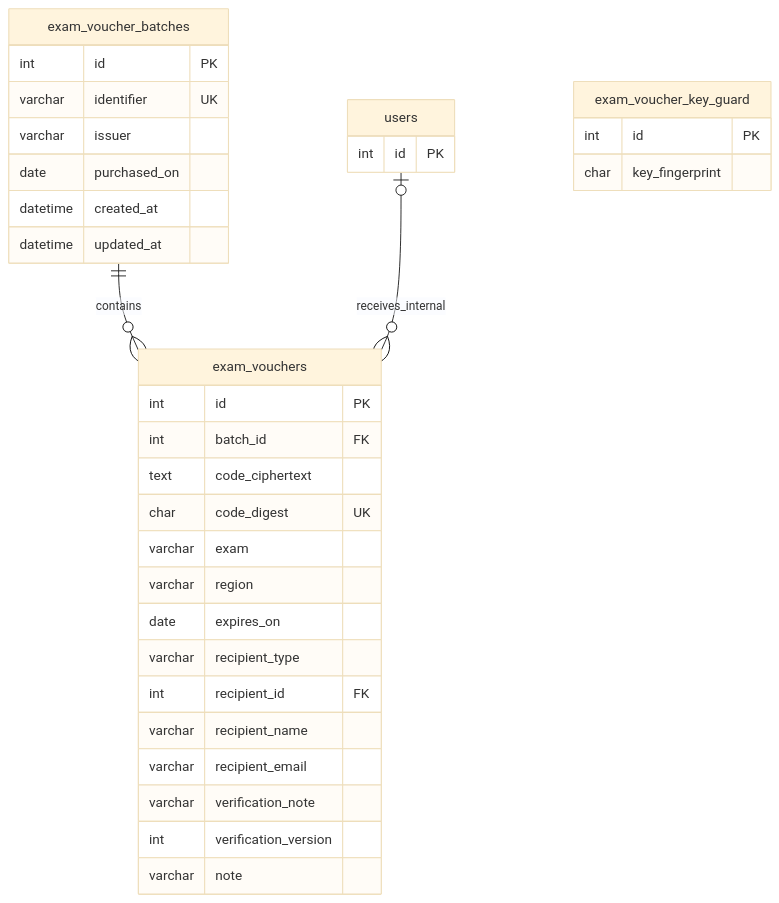
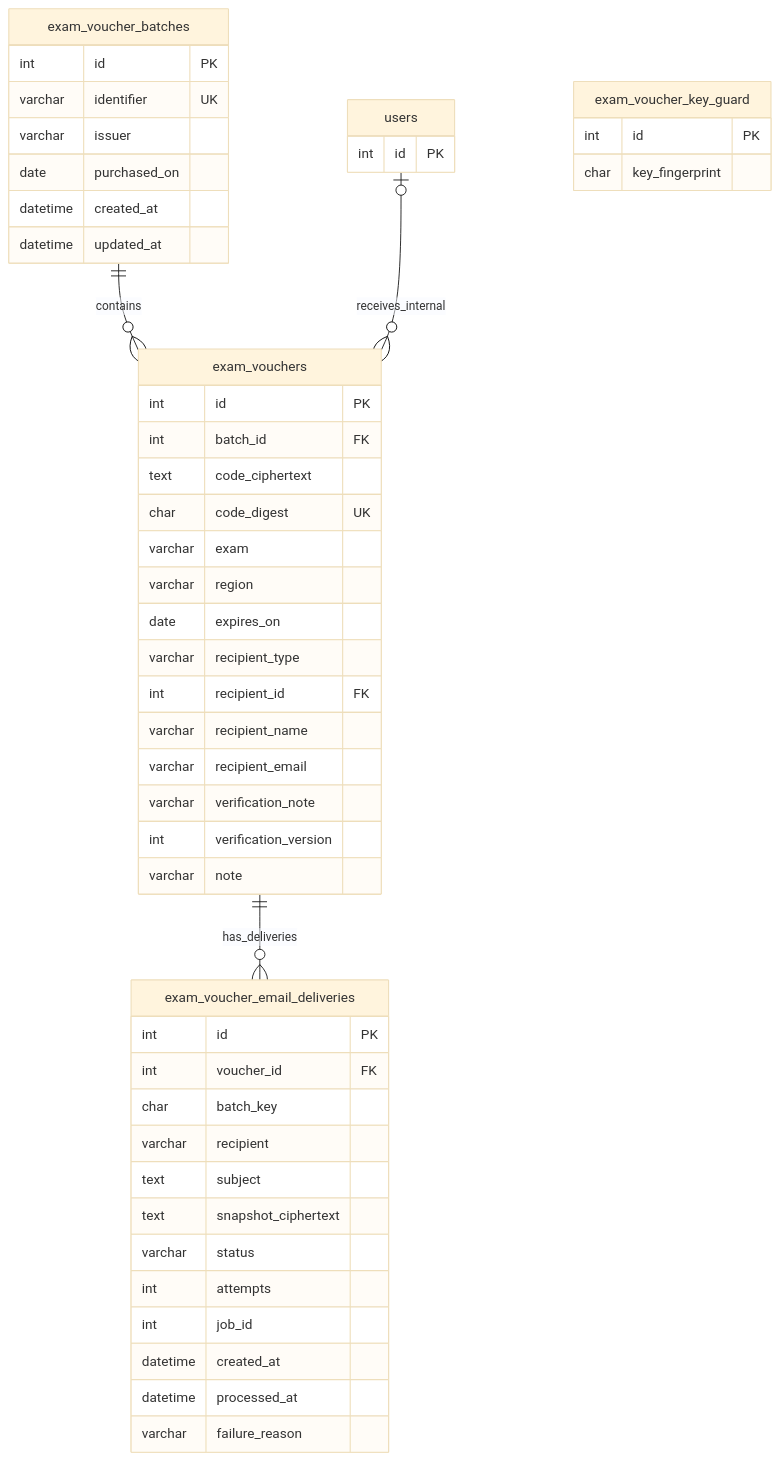
Before and after one commit to terateams/TeamsExam: the second of 2 diagrams in docs/exam-vouchers.md, drawn with Mermaid (base theme). The commit also changed other lines of this file, not shown here.

Commit message:
feat(ExamVouchers): 更新实体关系图，添加邮件投递记录关联

````diff
--- a/docs/exam-vouchers.md
+++ b/docs/exam-vouchers.md
@@ -50,37 +50,52 @@
 ```mermaid
 erDiagram
     exam_voucher_batches ||--o{ exam_vouchers : contains
     users o|--o{ exam_vouchers : receives_internal
+    exam_vouchers ||--o{ exam_voucher_email_deliveries : has_deliveries
 
     exam_voucher_batches {
         int id PK
         varchar identifier UK
         varchar issuer
         date purchased_on
         datetime created_at
         datetime updated_at
     }
     exam_vouchers {
         int id PK
         int batch_id FK
         text code_ciphertext
         char code_digest UK
         varchar exam
         varchar region
         date expires_on
         varchar recipient_type
         int recipient_id FK
         varchar recipient_name
         varchar recipient_email
         varchar verification_note
         int verification_version
         varchar note
     }
     users {
         int id PK
     }
     exam_voucher_key_guard {
         int id PK
         char key_fingerprint
     }
+    exam_voucher_email_deliveries {
+        int id PK
+        int voucher_id FK
+        char batch_key
+        varchar recipient
+        text subject
+        text snapshot_ciphertext
+        varchar status
+        int attempts
+        int job_id
+        datetime created_at
+        datetime processed_at
+        varchar failure_reason
+    }
 ```
````
